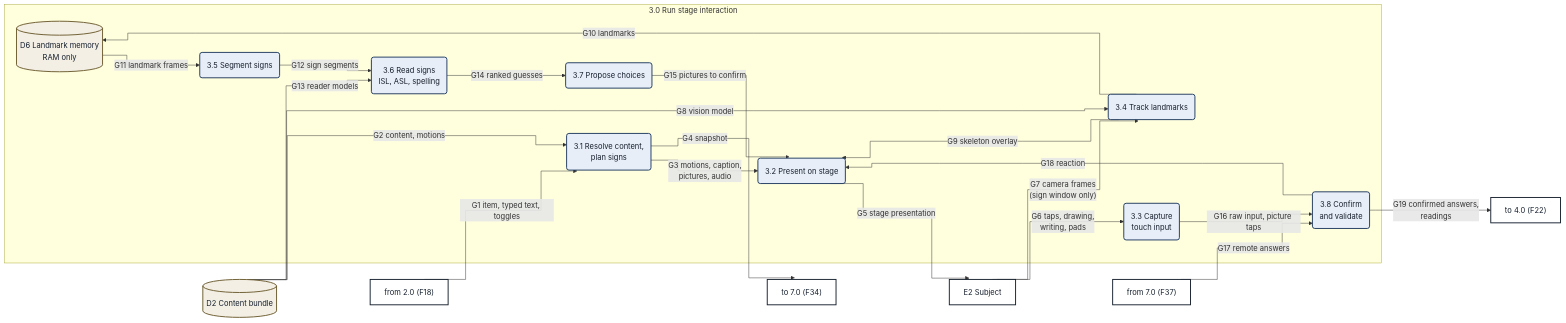
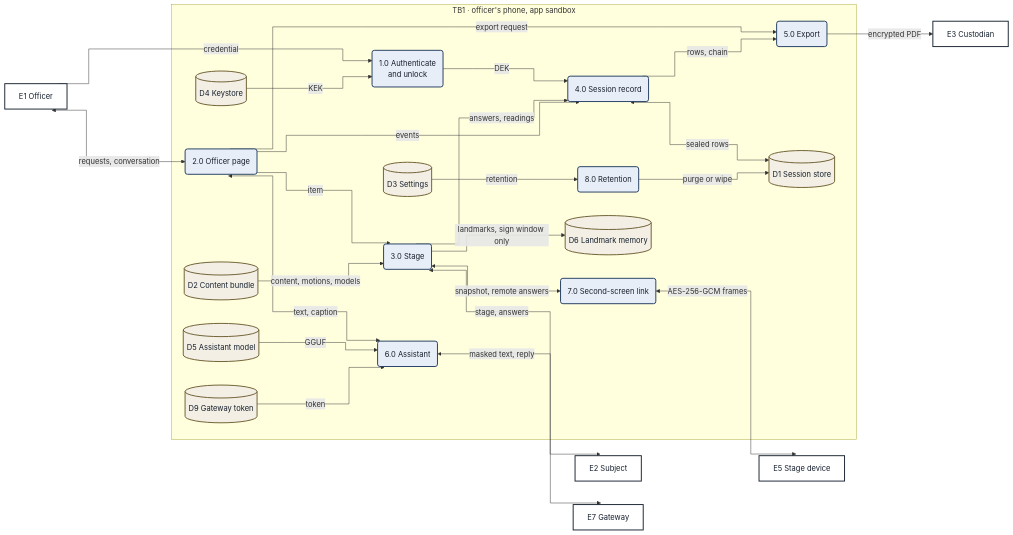
One commit to Yash-Awasthi/sign-setu changed the third of 3 diagrams in docs/README.md. Above: the diagram before and after it, drawn with Mermaid. The commit also changed other lines of this file and 1443 other files, not shown here.

````diff
--- a/docs/README.md
+++ b/docs/README.md
@@ -254,43 +140,51 @@
 ```mermaid
 %%{init: {"flowchart": {"curve": "step"}}}%%
 flowchart LR
- subgraph S30["3.0 Run stage interaction"]
- D6[("D6 Landmark memory<br/>RAM only")]:::store
- P31("3.1 Resolve content,<br/>plan signs"):::proc
- P32("3.2 Present on stage"):::proc
- P33("3.3 Capture<br/>touch input"):::proc
- P34("3.4 Track landmarks"):::proc
- P35("3.5 Segment signs"):::proc
- P36("3.6 Read signs<br/>ISL, ASL, spelling"):::proc
- P37("3.7 Propose choices"):::proc
- P38("3.8 Confirm<br/>and validate"):::proc
- end
- X1["from 2.0 (F18)"]:::ent
- X2["from 7.0 (F37)"]:::ent
- E2["E2 Subject"]:::ent
- X3["to 4.0 (F22)"]:::ent
- X4["to 7.0 (F34)"]:::ent
- D2[("D2 Content bundle")]:::store
- X1 -- "G1 item, typed text, toggles" --> P31
- D2 -- "G2 content, motions" --> P31
- P31 -- "G3 motions, caption,<br/>pictures, audio" --> P32
- P31 -- "G4 snapshot" --> X4
- P32 -- "G5 stage presentation" --> E2
- E2 -- "G6 taps, drawing,<br/>writing, pads" --> P33
- E2 -- "G7 camera frames<br/>(sign window only)" --> P34
- D2 -- "G8 vision model" --> P34
- P34 -- "G9 skeleton overlay" --> P32
- P34 -- "G10 landmarks" --> D6
- D6 -- "G11 landmark frames" --> P35
- P35 -- "G12 sign segments" --> P36
- D2 -- "G13 reader models" --> P36
- P36 -- "G14 ranked guesses" --> P37
- P37 -- "G15 pictures to confirm" --> P32
- P33 -- "G16 raw input, picture taps" --> P38
- X2 -- "G17 remote answers" --> P38
- P38 -- "G18 reaction" --> P32
- P38 -- "G19 confirmed answers,<br/>readings" --> X3
- classDef ent fill:#ffffff,stroke:#16202e,stroke-width:2px,color:#16202e
- classDef proc fill:#e8eef7,stroke:#1f3a5f,stroke-width:2px,color:#16202e
- classDef store fill:#f3efe4,stroke:#6b5b2e,stroke-width:2px,color:#16202e
+    subgraph TB1["TB1 · officer's phone, app sandbox"]
+        P1("1.0 Authenticate<br/>and unlock"):::proc
+        P2("2.0 Officer page"):::proc
+        P3("3.0 Stage"):::proc
+        P4("4.0 Session record"):::proc
+        P5("5.0 Export"):::proc
+        P6("6.0 Assistant"):::proc
+        P7("7.0 Second-screen link"):::proc
+        P8("8.0 Retention"):::proc
+        D1[("D1 Session store")]:::store
+        D2[("D2 Content bundle")]:::store
+        D3[("D3 Settings")]:::store
+        D4[("D4 Keystore")]:::store
+        D5[("D5 Assistant model")]:::store
+        D6[("D6 Landmark memory")]:::store
+        D9[("D9 Gateway token")]:::store
+    end
+    E1["E1 Officer"]:::ent
+    E2["E2 Subject"]:::ent
+    E5["E5 Stage device"]:::ent
+    E7["E7 Gateway"]:::ent
+    E3["E3 Custodian"]:::ent
+    E1 -- "credential" --> P1
+    D4 -- "KEK" --> P1
+    P1 -- "DEK" --> P4
+    E1 <-- "requests, conversation" --> P2
+    P2 -- "item" --> P3
+    D2 -- "content, motions, models" --> P3
+    P3 <-- "stage, answers" --> E2
+    P3 -- "landmarks, sign window only" --> D6
+    P3 -- "answers, readings" --> P4
+    P2 -- "events" --> P4
+    P4 <-- "sealed rows" --> D1
+    P2 <-- "text, caption" --> P6
+    D5 -- "GGUF" --> P6
+    D9 -- "token" --> P6
+    P6 <-- "masked text, reply" --> E7
+    P3 <-- "snapshot, remote answers" --> P7
+    P7 <-- "AES-256-GCM frames" --> E5
+    P2 -- "export request" --> P5
+    P4 -- "rows, chain" --> P5
+    P5 -- "encrypted PDF" --> E3
+    D3 -- "retention" --> P8
+    P8 -- "purge or wipe" --> D1
+    classDef ent fill:#ffffff,stroke:#16202e,stroke-width:2px,color:#16202e
+    classDef proc fill:#e8eef7,stroke:#1f3a5f,stroke-width:2px,color:#16202e
+    classDef store fill:#f3efe4,stroke:#6b5b2e,stroke-width:2px,color:#16202e
 ```
````
